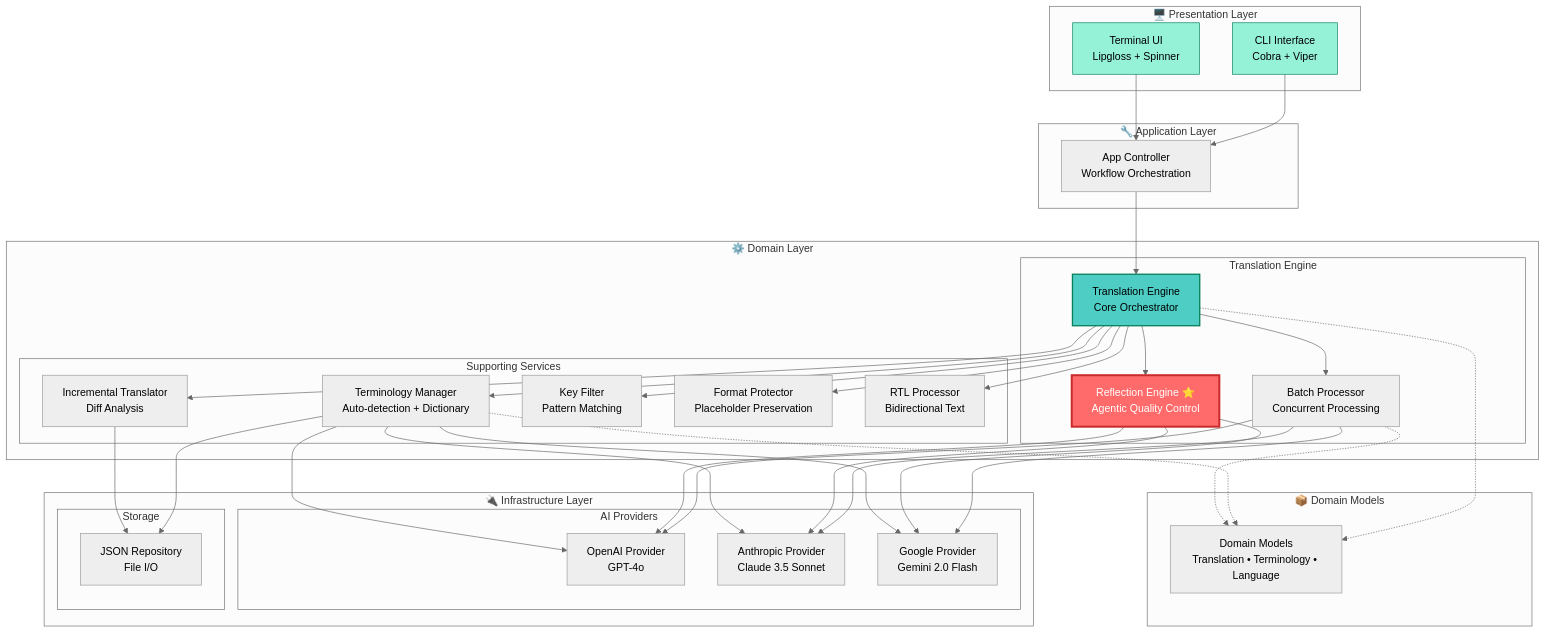
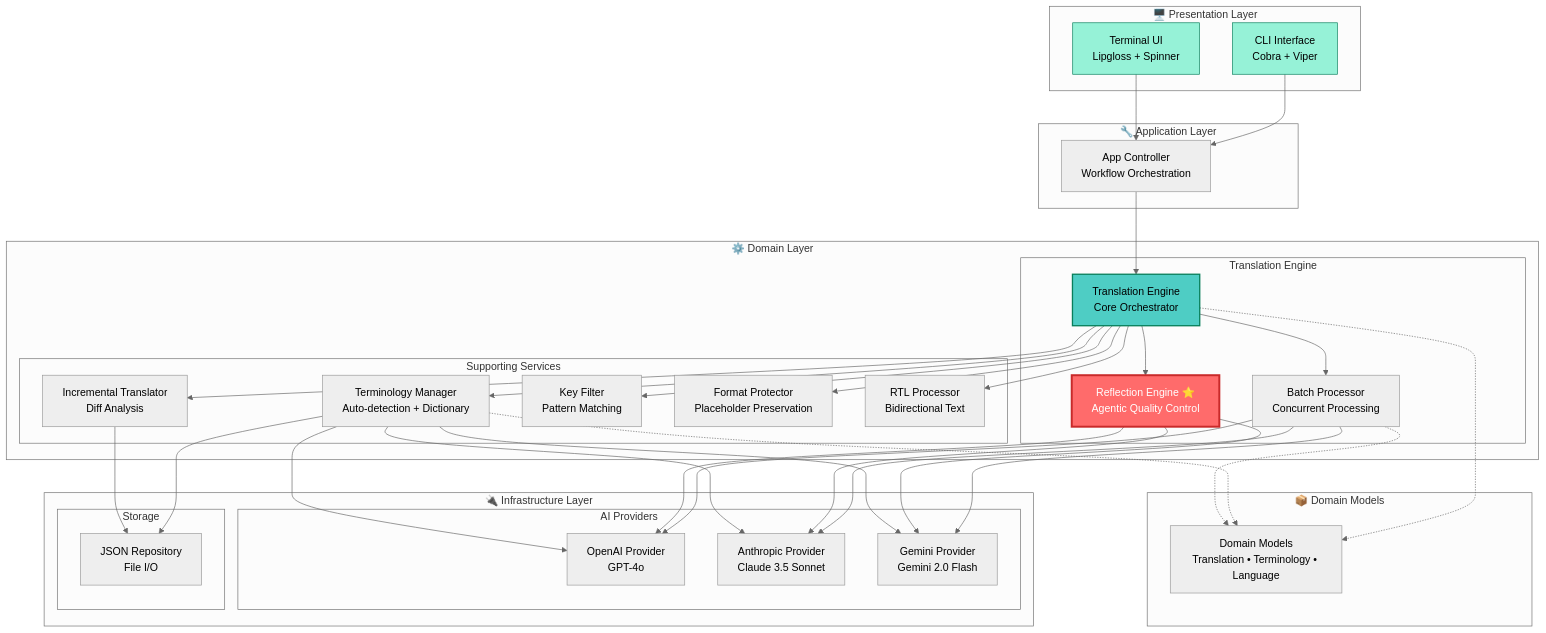
The first of 2 diagrams in README.md (hikanner/jta), drawn with Mermaid (neutral theme) before and after one commit. The commit also changed other lines of this file and 6 other files, not shown here.

First line of the commit message:
refactor: Rename 'google' provider to 'gemini' throughout codebase

````diff
--- a/README.md
+++ b/README.md
@@ -189,76 +189,76 @@
 ```mermaid
 graph TB
     subgraph "🖥️ Presentation Layer"
         CLI[CLI Interface<br/>Cobra + Viper]
         UI[Terminal UI<br/>Lipgloss + Spinner]
     end
     
     subgraph "🔧 Application Layer"
         APP[App Controller<br/>Workflow Orchestration]
     end
     
     subgraph "⚙️ Domain Layer"
         subgraph "Translation Engine"
             ENGINE[Translation Engine<br/>Core Orchestrator]
             BATCH[Batch Processor<br/>Concurrent Processing]
             REFLECT[Reflection Engine ⭐<br/>Agentic Quality Control]
         end
         
         subgraph "Supporting Services"
             TERM[Terminology Manager<br/>Auto-detection + Dictionary]
             INCR[Incremental Translator<br/>Diff Analysis]
             FILTER[Key Filter<br/>Pattern Matching]
             FORMAT[Format Protector<br/>Placeholder Preservation]
             RTL[RTL Processor<br/>Bidirectional Text]
         end
     end
     
     subgraph "🔌 Infrastructure Layer"
         subgraph "AI Providers"
             OPENAI[OpenAI Provider<br/>GPT-4o]
             ANTHROPIC[Anthropic Provider<br/>Claude 3.5 Sonnet]
-            GOOGLE[Google Provider<br/>Gemini 2.0 Flash]
+            GEMINI[Gemini Provider<br/>Gemini 2.0 Flash]
         end
         
         subgraph "Storage"
             JSON[JSON Repository<br/>File I/O]
         end
     end
     
     subgraph "📦 Domain Models"
         MODELS[Domain Models<br/>Translation • Terminology • Language]
     end
     
     CLI --> APP
     UI --> APP
     APP --> ENGINE
     ENGINE --> BATCH
     ENGINE --> REFLECT
     ENGINE --> TERM
     ENGINE --> INCR
     ENGINE --> FILTER
     ENGINE --> FORMAT
     ENGINE --> RTL
     
     BATCH --> OPENAI
     BATCH --> ANTHROPIC
-    BATCH --> GOOGLE
+    BATCH --> GEMINI
     REFLECT --> OPENAI
     REFLECT --> ANTHROPIC
-    REFLECT --> GOOGLE
+    REFLECT --> GEMINI
     TERM --> OPENAI
     TERM --> ANTHROPIC
-    TERM --> GOOGLE
+    TERM --> GEMINI
     
     TERM --> JSON
     INCR --> JSON
     
     ENGINE -.-> MODELS
     TERM -.-> MODELS
     BATCH -.-> MODELS
     
     style REFLECT fill:#ff6b6b,stroke:#c92a2a,stroke-width:3px,color:#fff
     style ENGINE fill:#4ecdc4,stroke:#087f5b,stroke-width:2px
     style CLI fill:#96f2d7,stroke:#087f5b
     style UI fill:#96f2d7,stroke:#087f5b
 ```
````
